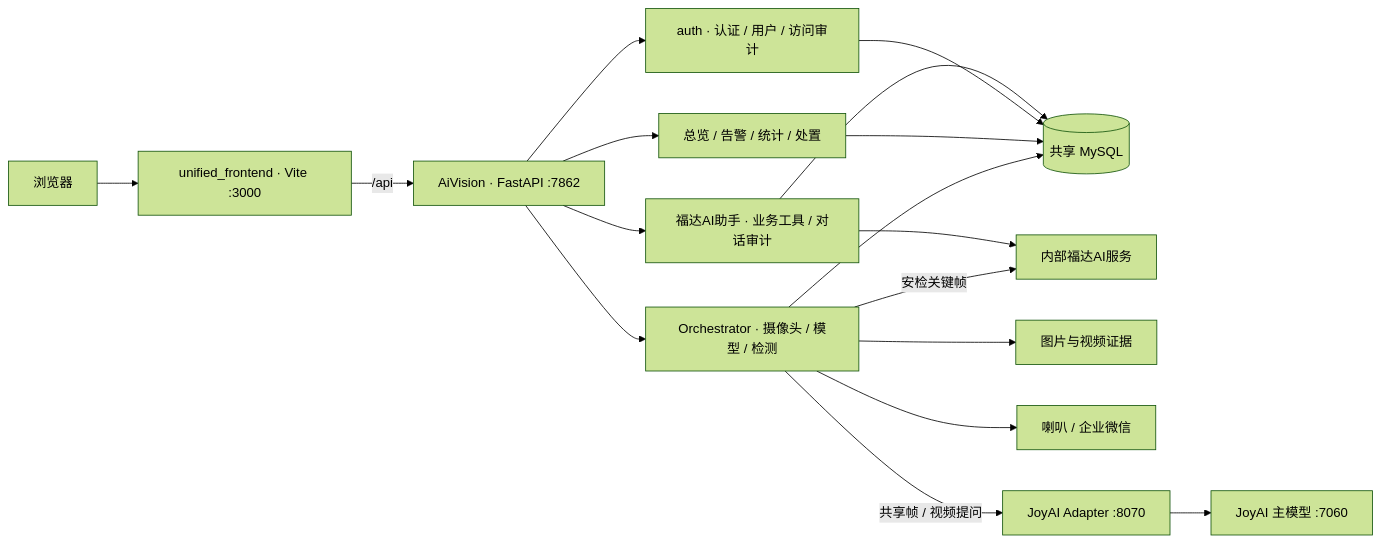
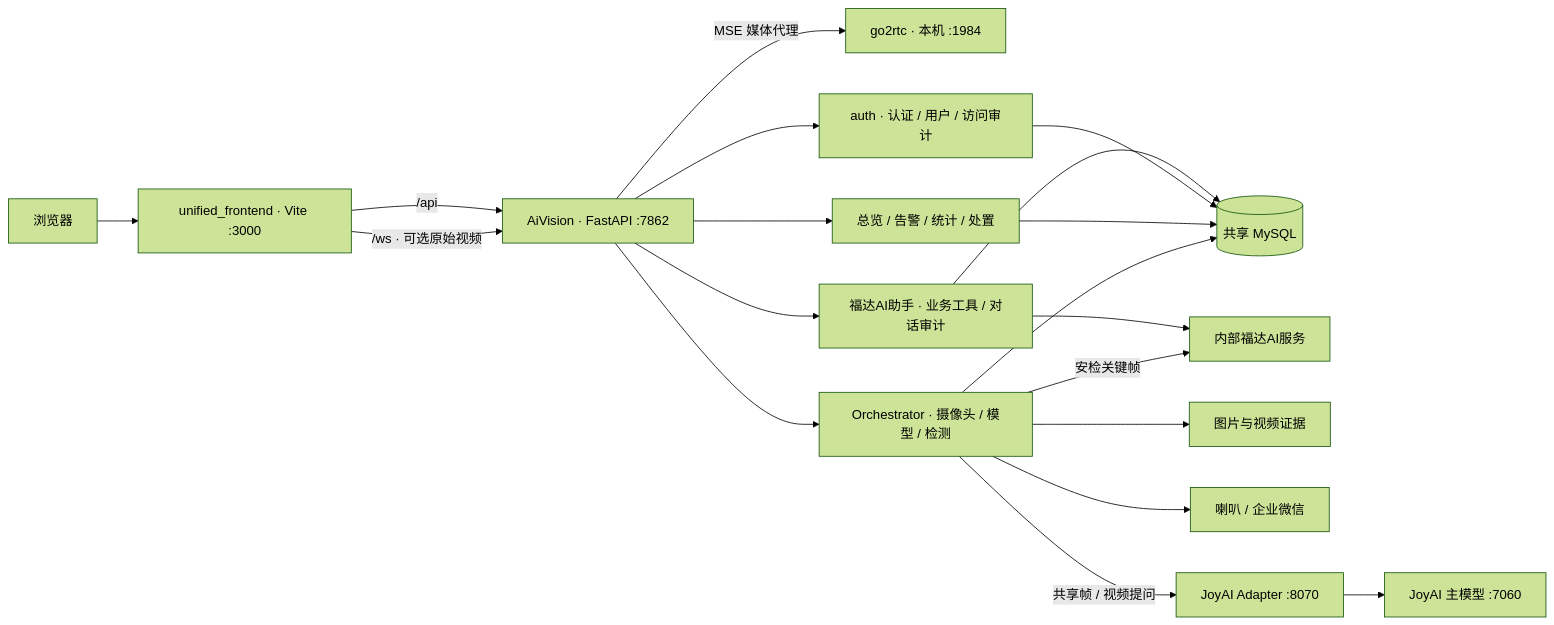
Before and after one commit to asmellperson/CVproject1: the diagram in README.md, drawn with Mermaid (forest theme). The commit also changed other lines of this file and 22 other files, not shown here.

````diff
--- a/README.md
+++ b/README.md
@@ -9,19 +9,21 @@
 ```mermaid
 flowchart LR
     Browser[浏览器] --> Frontend[unified_frontend · Vite :3000]
     Frontend -->|/api| API[AiVision · FastAPI :7862]
+    Frontend -->|/ws · 可选原始视频| API
+    API -->|MSE 媒体代理| Go2rtc[go2rtc · 本机 :1984]
     API --> Auth[auth · 认证 / 用户 / 访问审计]
     API --> Runtime[Orchestrator · 摄像头 / 模型 / 检测]
     API --> Records[总览 / 告警 / 统计 / 处置]
     API --> Assistant[福达AI助手 · 业务工具 / 对话审计]
     Assistant --> DB
     Assistant --> Qwen
     Auth --> DB[(共享 MySQL)]
     Records --> DB
     Runtime --> DB
     Runtime --> Media[图片与视频证据]
     Runtime --> Notify[喇叭 / 企业微信]
     Runtime -->|安检关键帧| Qwen[内部福达AI服务]
     Runtime -->|共享帧 / 视频提问| JoyAdapter[JoyAI Adapter :8070]
     JoyAdapter --> JoyAI[JoyAI 主模型 :7060]
 ```
````
